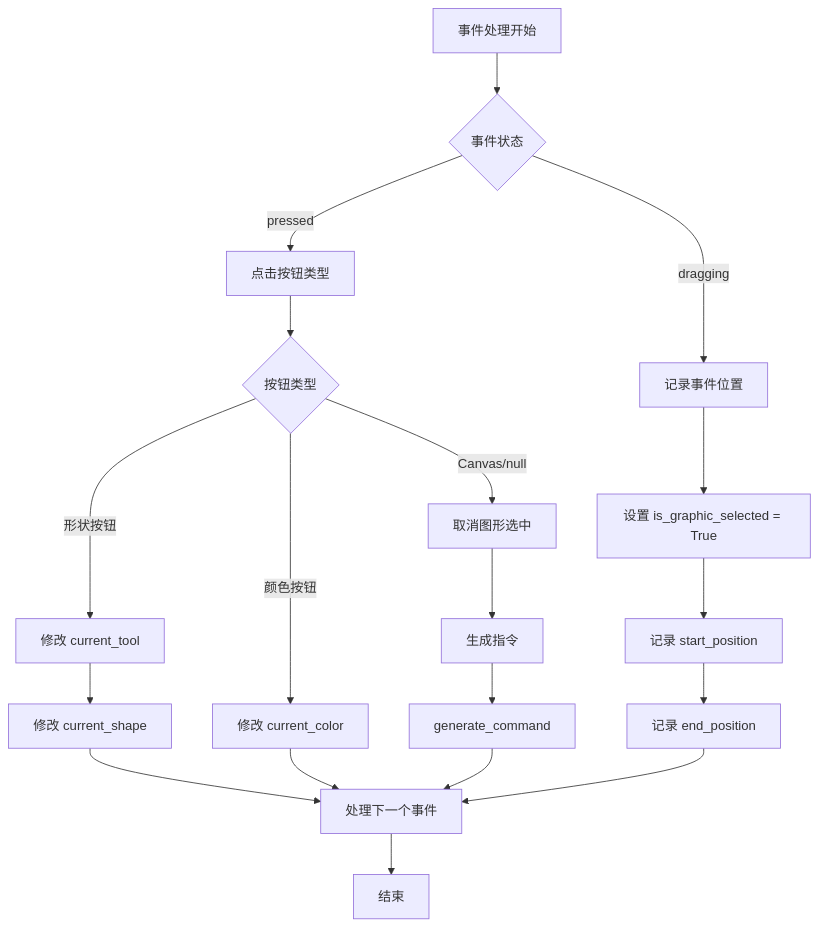
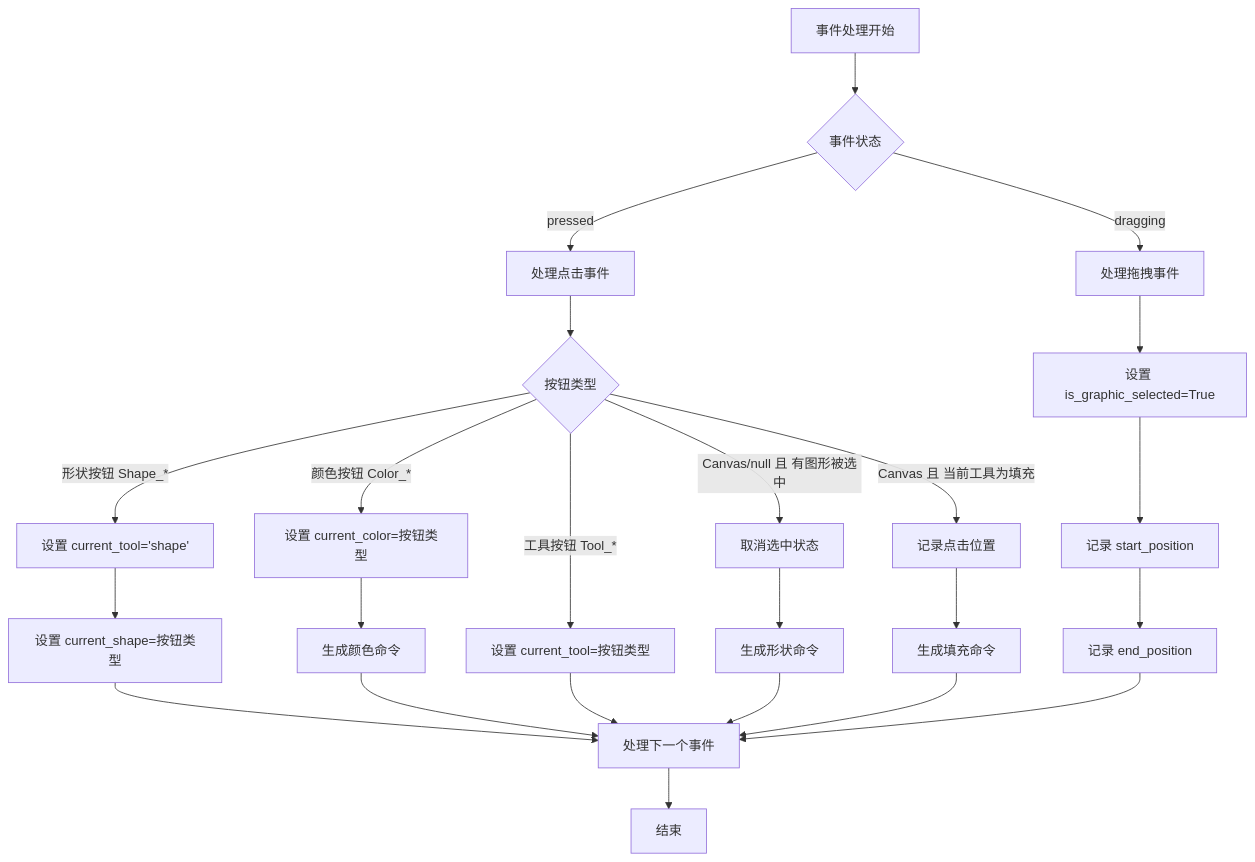
Before and after one commit to buaa23371212/ThePainter: the first of 6 diagrams in transcriber/docs/流程图.md, drawn with Mermaid. The commit also changed other lines of this file and 1 other file, not shown here.

````diff
--- a/transcriber/docs/流程图.md
+++ b/transcriber/docs/流程图.md
@@ -5,24 +3,29 @@
 ```mermaid
 graph TD
     A[事件处理开始] --> B{事件状态}
-    B -->|pressed| C[点击按钮类型]
-    B -->|dragging| D[记录事件位置]
+    B -->|pressed| C[处理点击事件]
+    B -->|dragging| D[处理拖拽事件]
     
     C --> E{按钮类型}
-    E -->|形状按钮| F[修改 current_tool]
-    F --> G[修改 current_shape]
-    E -->|颜色按钮| H[修改 current_color]
-    E -->|Canvas/null| I[取消图形选中]
-    I --> J[生成指令]
-    J --> K[generate_command]
+    E -->|形状按钮 Shape_*| F[设置 current_tool='shape']
+    F --> G[设置 current_shape=按钮类型]
+    E -->|颜色按钮 Color_*| H[设置 current_color=按钮类型]
+    H --> I[生成颜色命令]
+    E -->|工具按钮 Tool_*| J[设置 current_tool=按钮类型]
+    E -->|Canvas/null 且 有图形被选中| K[取消选中状态]
+    K --> L[生成形状命令]
+    E -->|Canvas 且 当前工具为填充| M[记录点击位置]
+    M --> N[生成填充命令]
     
-    D --> L[设置 is_graphic_selected = True]
-    L --> M[记录 start_position]
-    M --> N[记录 end_position]
+    D --> O[设置 is_graphic_selected=True]
+    O --> P[记录 start_position]
+    P --> Q[记录 end_position]
     
-    G --> O[处理下一个事件]
-    H --> O
-    K --> O
-    N --> O
-    O --> P[结束]
+    G --> R[处理下一个事件]
+    I --> R
+    J --> R
+    L --> R
+    N --> R
+    Q --> R
+    R --> S[结束]
 ```
````
